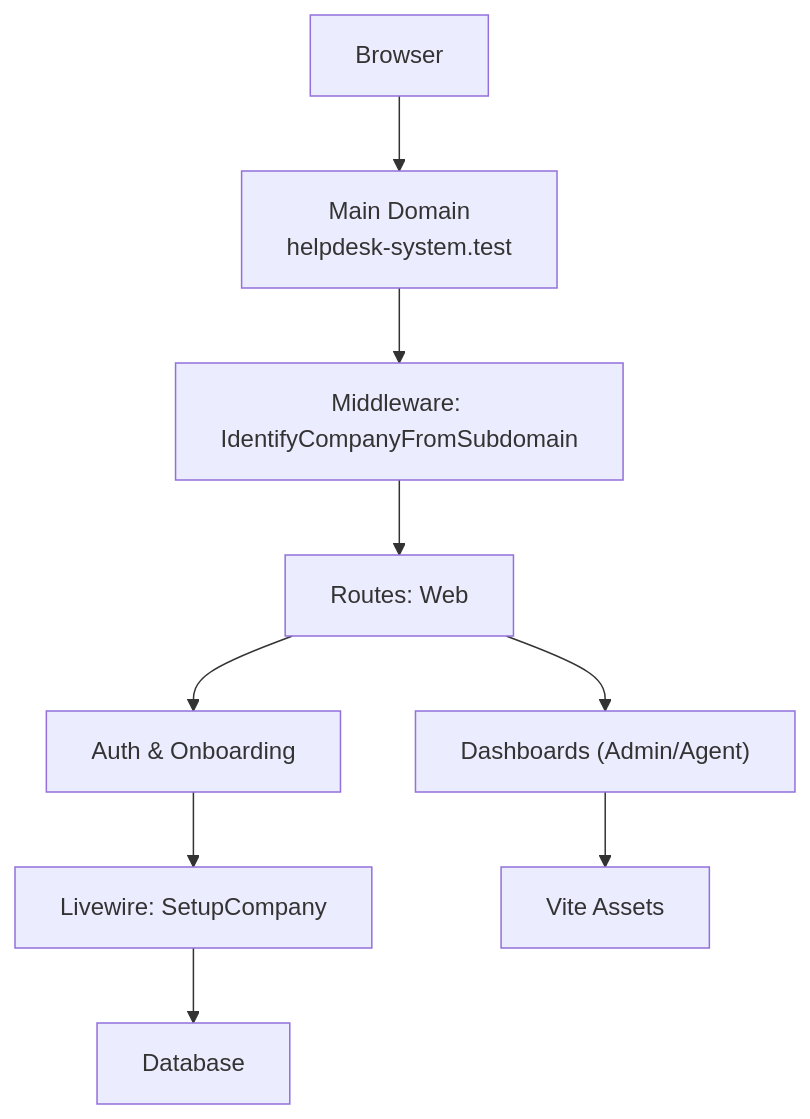
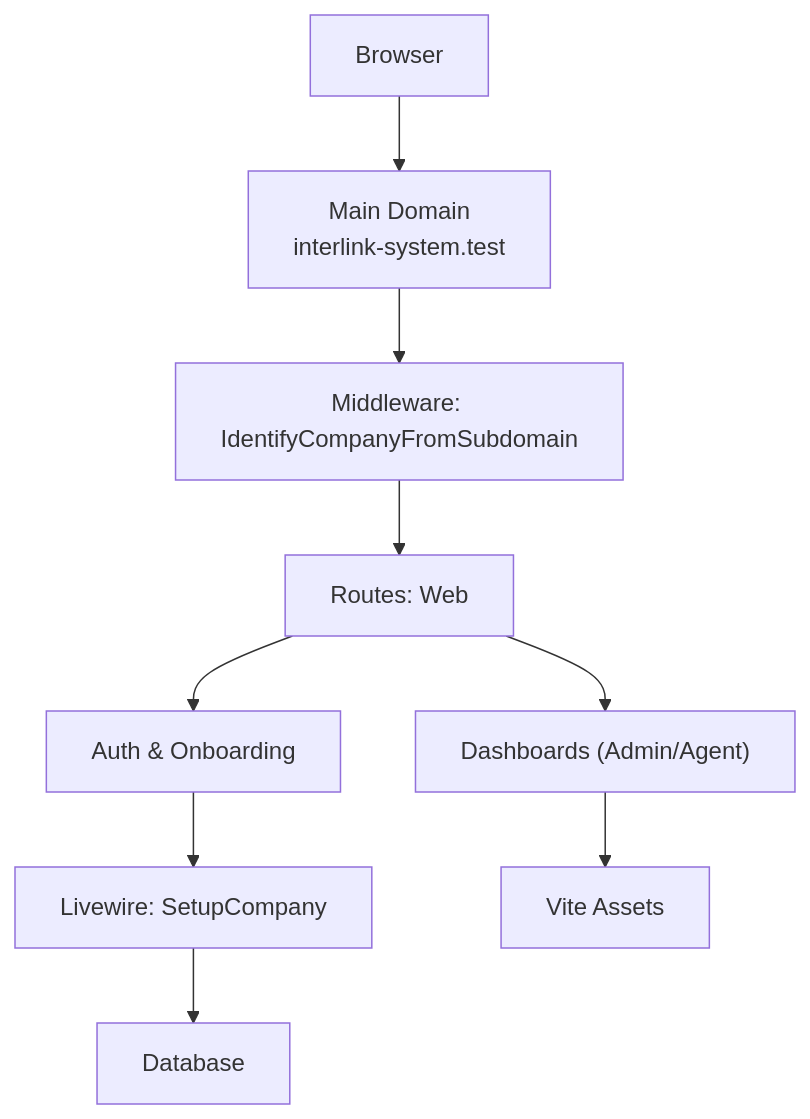
The second of 4 diagrams in .qoder/repowiki/en/content/Getting Started.md (younesgamer68/Internship-management-Platforme), drawn with Mermaid before and after one commit. The commit also changed other lines of this file and 175 other files, not shown here.

````diff
--- a/.qoder/repowiki/en/content/Getting Started.md
+++ b/.qoder/repowiki/en/content/Getting Started.md
@@ -82,11 +82,11 @@
 ```mermaid
 graph TB
-Client["Browser"] --> Domain["Main Domain<br/>helpdesk-system.test"]
+Client["Browser"] --> Domain["Main Domain<br/>interlink-system.test"]
 Domain --> MW1["Middleware: IdentifyCompanyFromSubdomain"]
 MW1 --> Routes["Routes: Web"]
 Routes --> Auth["Auth & Onboarding"]
 Auth --> Setup["Livewire: SetupCompany"]
 Setup --> DB["Database"]
 Routes --> Dash["Dashboards (Admin/Agent)"]
 Dash --> Assets["Vite Assets"]
 ```
````
